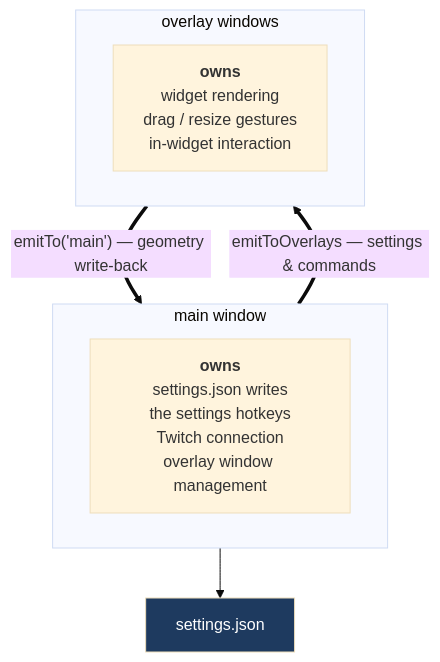
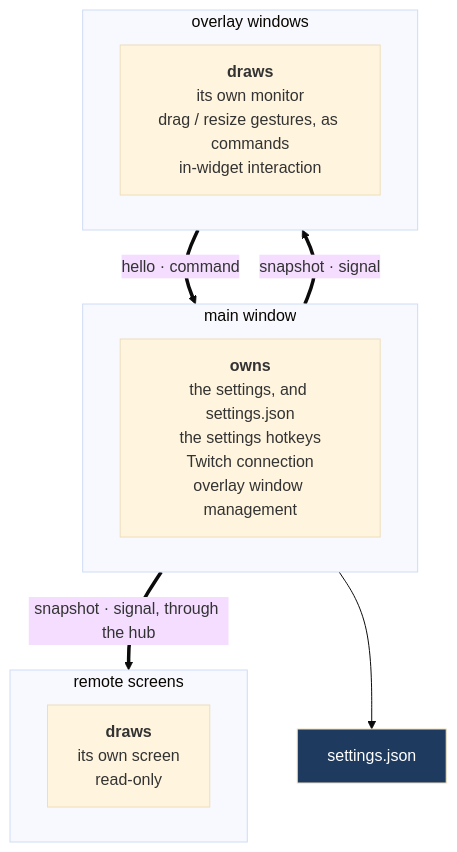
Before and after one commit to mvoof/Marble-Trace: diagram 19 of 24 in docs/architecture.md, drawn with Mermaid (base theme). The commit also changed other lines of this file and 14 other files, not shown here.

````diff
--- a/docs/architecture.md
+++ b/docs/architecture.md
@@ -1470,16 +1426,20 @@
 ```mermaid
 flowchart TB
     subgraph MAIN["main window"]
-        MOWN["<b>owns</b><br/>settings.json writes<br/>the settings hotkeys<br/>Twitch connection<br/>overlay window management"]
+        MOWN["<b>owns</b><br/>the settings, and settings.json<br/>the settings hotkeys<br/>Twitch connection<br/>overlay window management"]
     end
     subgraph OVL["overlay windows"]
-        OOWN["<b>owns</b><br/>widget rendering<br/>drag / resize gestures<br/>in-widget interaction"]
+        OOWN["<b>draws</b><br/>its own monitor<br/>drag / resize gestures, as commands<br/>in-widget interaction"]
+    end
+    subgraph REM["remote screens"]
+        ROWN["<b>draws</b><br/>its own screen<br/>read-only"]
     end
     DISK["settings.json"]
 
-    MAIN ==>|"emitToOverlays — settings &amp; commands"| OVL
-    OVL ==>|"emitTo('main') — geometry write-back"| MAIN
+    MAIN ==>|"snapshot · signal"| OVL
+    OVL ==>|"hello · command"| MAIN
+    MAIN ==>|"snapshot · signal, through the hub"| REM
     MAIN --> DISK
 
     style DISK fill:#1e3a5f,color:#fff
 ```
````
